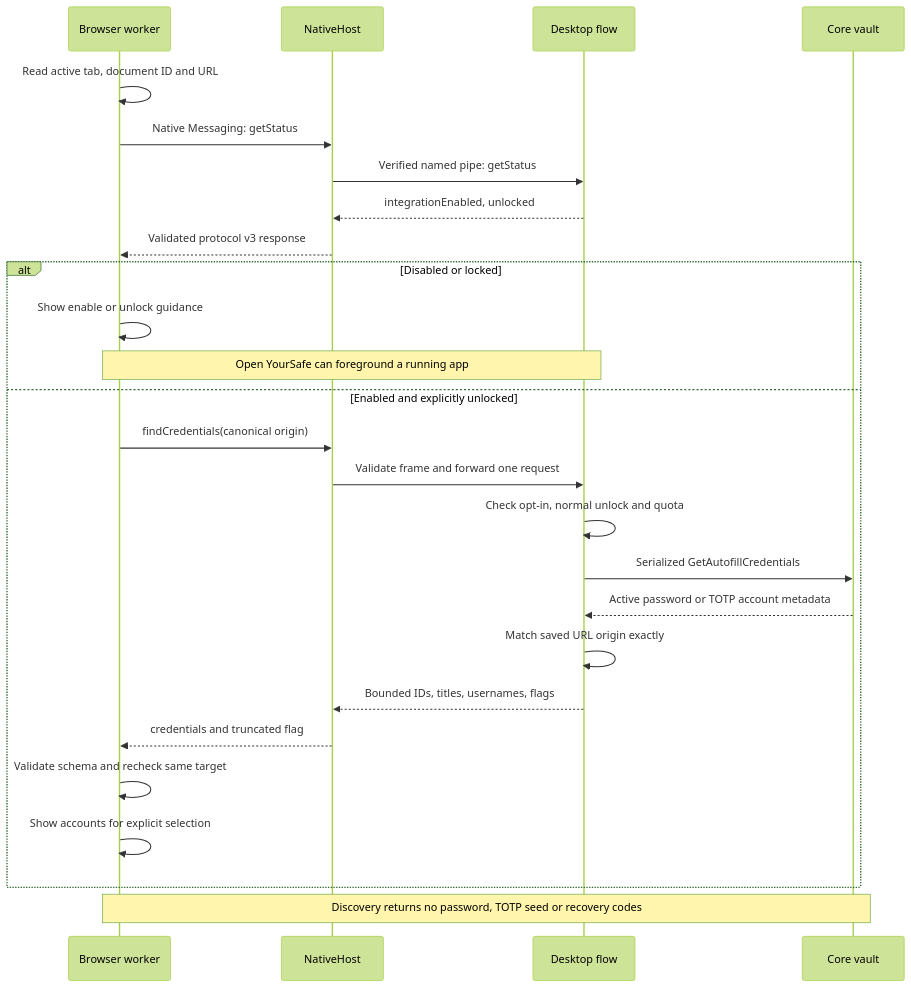
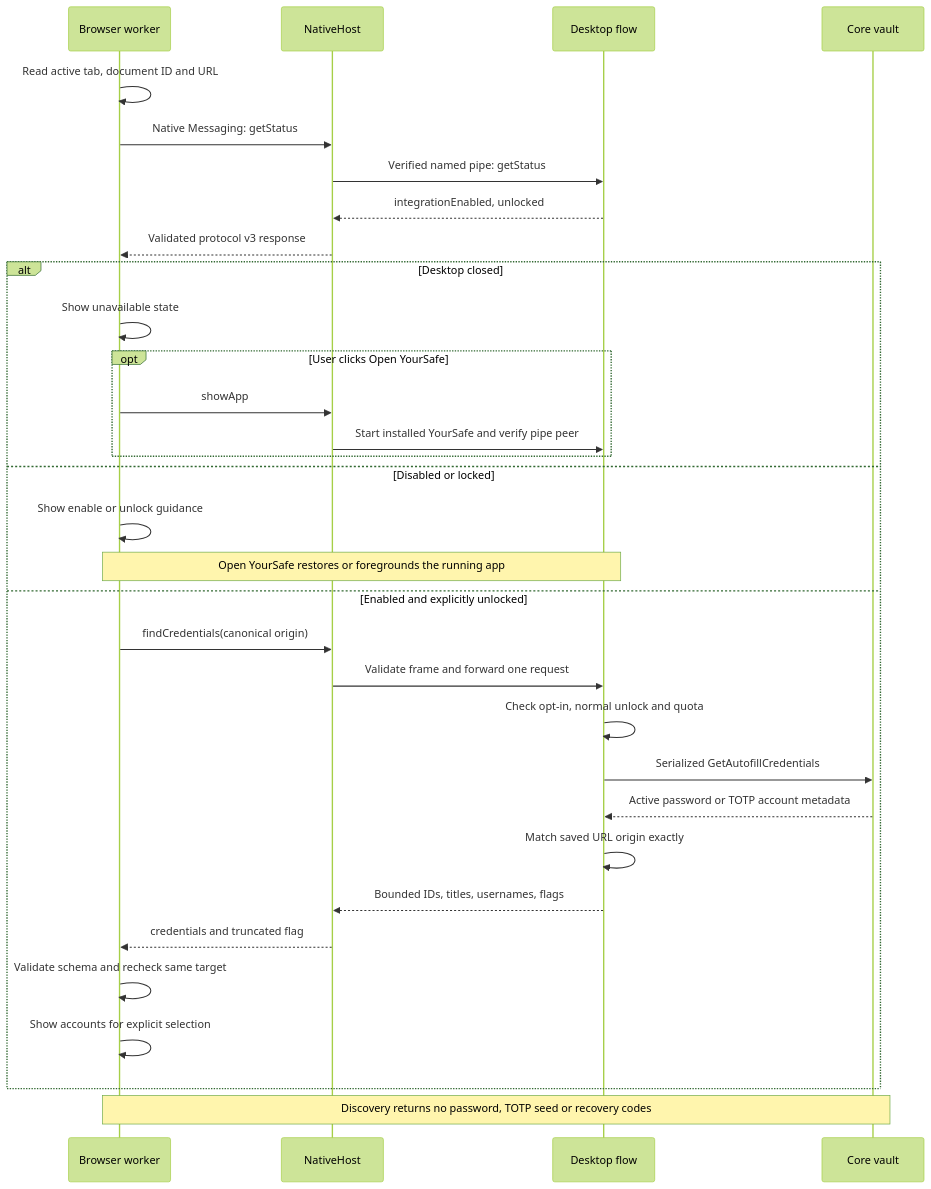
The diagram in docs/diagrams/browser-discovery.mmd (Lmnhutw/YourSafe), drawn with Mermaid (forest theme) before and after one commit. The commit also changed 63 other files, not shown here.

Commit message:
Refine password vault and autofill flows

```diff
--- a/docs/diagrams/browser-discovery.mmd
+++ b/docs/diagrams/browser-discovery.mmd
@@ -1,28 +1,34 @@
 sequenceDiagram
     accTitle: Discover accounts without releasing secrets
     accDescr: The worker derives the active top-level document and checks desktop status before discovery. NativeHost validates protocol v3 and relays over a verified Windows pipe. Integration opt-in, an explicitly unlocked vault, origin policy and quotas gate metadata. The worker validates the response and rechecks its target before showing accounts.
     participant W as Browser worker
     participant H as NativeHost
     participant A as Desktop flow
     participant C as Core vault
     W->>W: Read active tab, document ID and URL
     W->>H: Native Messaging: getStatus
     H->>A: Verified named pipe: getStatus
     A-->>H: integrationEnabled, unlocked
     H-->>W: Validated protocol v3 response
-    alt Disabled or locked
+    alt Desktop closed
+        W->>W: Show unavailable state
+        opt User clicks Open YourSafe
+            W->>H: showApp
+            H->>A: Start installed YourSafe and verify pipe peer
+        end
+    else Disabled or locked
         W->>W: Show enable or unlock guidance
-        Note over W,A: Open YourSafe can foreground a running app
+        Note over W,A: Open YourSafe restores or foregrounds the running app
     else Enabled and explicitly unlocked
         W->>H: findCredentials(canonical origin)
         H->>A: Validate frame and forward one request
         A->>A: Check opt-in, normal unlock and quota
         A->>C: Serialized GetAutofillCredentials
         C-->>A: Active password or TOTP account metadata
         A->>A: Match saved URL origin exactly
         A-->>H: Bounded IDs, titles, usernames, flags
         H-->>W: credentials and truncated flag
         W->>W: Validate schema and recheck same target
         W->>W: Show accounts for explicit selection
     end
     Note over W,C: Discovery returns no password, TOTP seed or recovery codes
```
